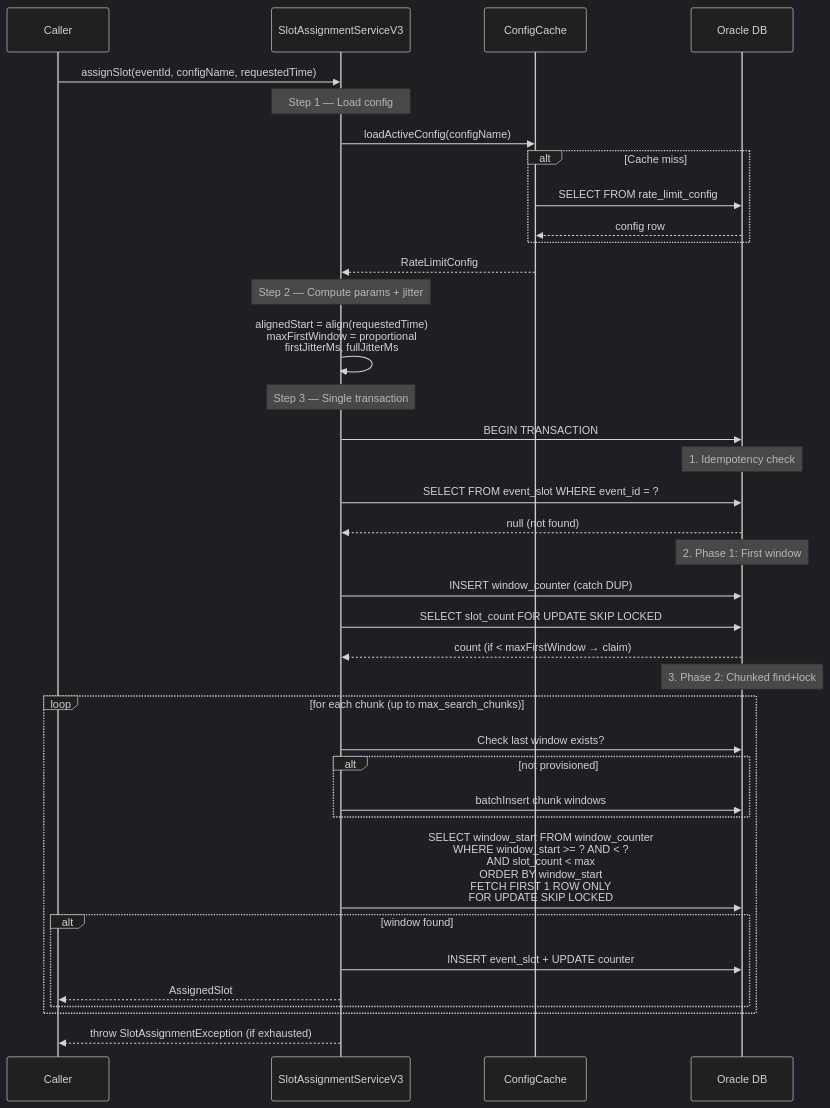
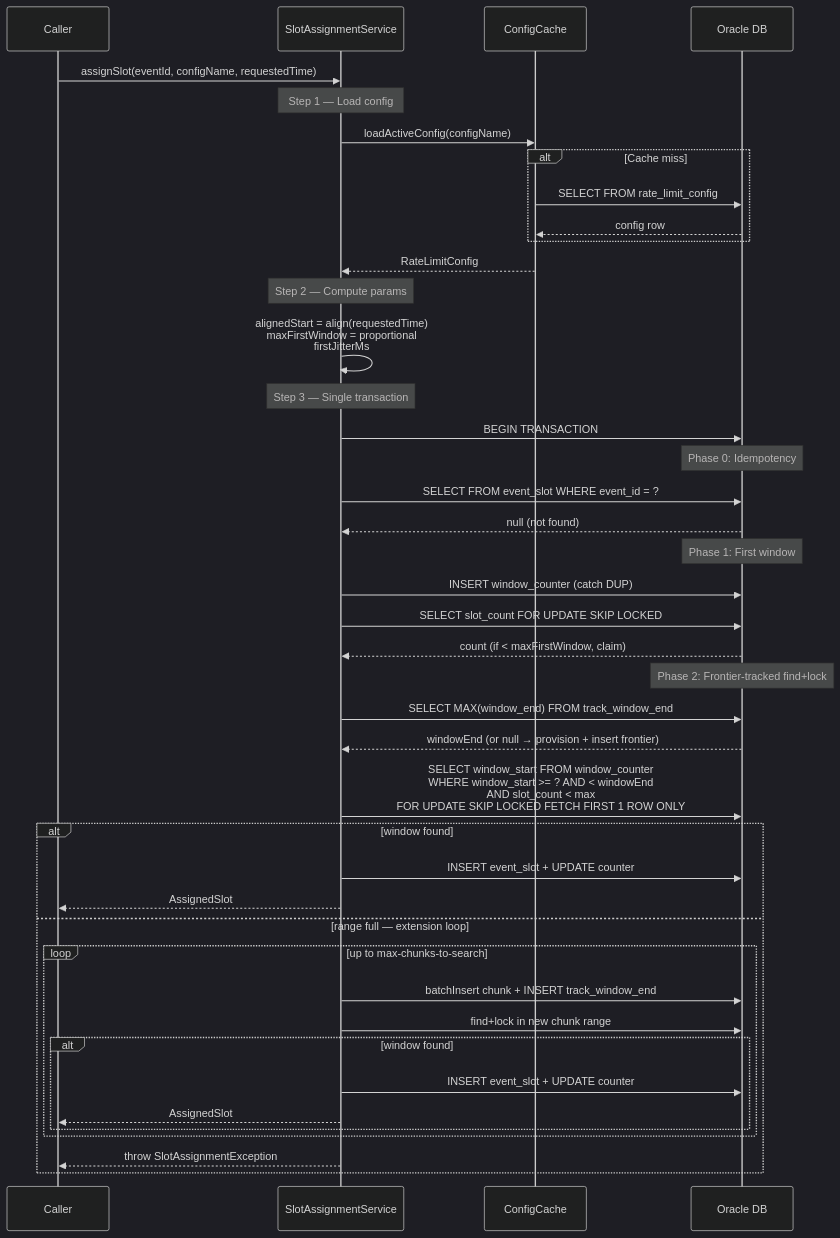
The first of 2 diagrams in README.md (arunav-bhattacharya/rate-limiter), drawn with Mermaid (dark theme) before and after one commit. The commit also changed other lines of this file and 11 other files, not shown here.

Commit message:
Refactor: Enhance slot assignment logic with frontier tracking and configurable chunk extensions

````diff
--- a/README.md
+++ b/README.md
@@ -413,47 +241,52 @@
 ```mermaid
 sequenceDiagram
     participant Caller
-    participant SAS as SlotAssignmentServiceV3
+    participant SAS as SlotAssignmentService
     participant Cache as ConfigCache
     participant DB as Oracle DB
 
     Caller->>SAS: assignSlot(eventId, configName, requestedTime)
 
     Note over SAS: Step 1 — Load config
     SAS->>Cache: loadActiveConfig(configName)
     alt Cache miss
         Cache->>DB: SELECT FROM rate_limit_config
         DB-->>Cache: config row
     end
     Cache-->>SAS: RateLimitConfig
 
-    Note over SAS: Step 2 — Compute params + jitter
-    SAS->>SAS: alignedStart = align(requestedTime)<br/>maxFirstWindow = proportional<br/>firstJitterMs, fullJitterMs
+    Note over SAS: Step 2 — Compute params
+    SAS->>SAS: alignedStart = align(requestedTime)<br/>maxFirstWindow = proportional<br/>firstJitterMs
 
     Note over SAS: Step 3 — Single transaction
     SAS->>DB: BEGIN TRANSACTION
 
-    Note over DB: 1. Idempotency check
+    Note over DB: Phase 0: Idempotency
     SAS->>DB: SELECT FROM event_slot WHERE event_id = ?
     DB-->>SAS: null (not found)
 
-    Note over DB: 2. Phase 1: First window
+    Note over DB: Phase 1: First window
     SAS->>DB: INSERT window_counter (catch DUP)
     SAS->>DB: SELECT slot_count FOR UPDATE SKIP LOCKED
-    DB-->>SAS: count (if < maxFirstWindow → claim)
+    DB-->>SAS: count (if < maxFirstWindow, claim)
 
-    Note over DB: 3. Phase 2: Chunked find+lock
-    loop for each chunk (up to max_search_chunks)
-        SAS->>DB: Check last window exists?
-        alt not provisioned
-            SAS->>DB: batchInsert chunk windows
+    Note over DB: Phase 2: Frontier-tracked find+lock
+    SAS->>DB: SELECT MAX(window_end) FROM track_window_end
+    DB-->>SAS: windowEnd (or null → provision + insert frontier)
+
+    SAS->>DB: SELECT window_start FROM window_counter<br/>WHERE window_start >= ? AND < windowEnd<br/>AND slot_count < max<br/>FOR UPDATE SKIP LOCKED FETCH FIRST 1 ROW ONLY
+    alt window found
+        SAS->>DB: INSERT event_slot + UPDATE counter
+        SAS-->>Caller: AssignedSlot
+    else range full — extension loop
+        loop up to max-chunks-to-search
+            SAS->>DB: batchInsert chunk + INSERT track_window_end
+            SAS->>DB: find+lock in new chunk range
+            alt window found
+                SAS->>DB: INSERT event_slot + UPDATE counter
+                SAS-->>Caller: AssignedSlot
+            end
         end
-        SAS->>DB: SELECT window_start FROM window_counter<br/>WHERE window_start >= ? AND < ?<br/>AND slot_count < max<br/>ORDER BY window_start<br/>FETCH FIRST 1 ROW ONLY<br/>FOR UPDATE SKIP LOCKED
-        alt window found
-            SAS->>DB: INSERT event_slot + UPDATE counter
-            SAS-->>Caller: AssignedSlot
-        end
+        SAS-->>Caller: throw SlotAssignmentException
     end
-
-    SAS-->>Caller: throw SlotAssignmentException (if exhausted)
 ```
````
